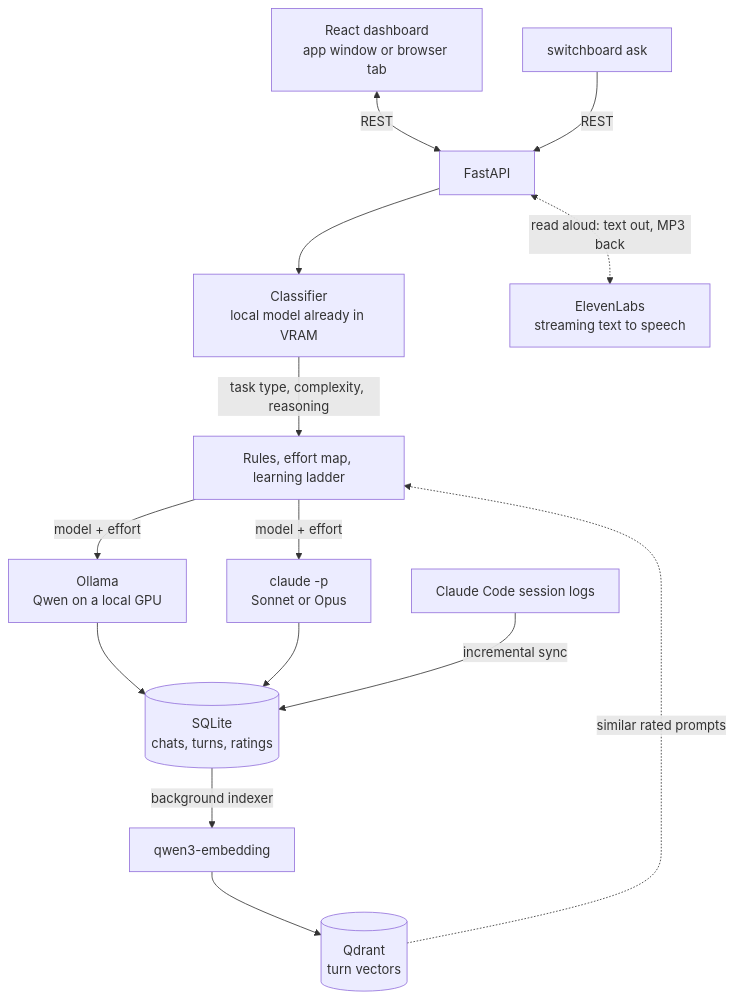
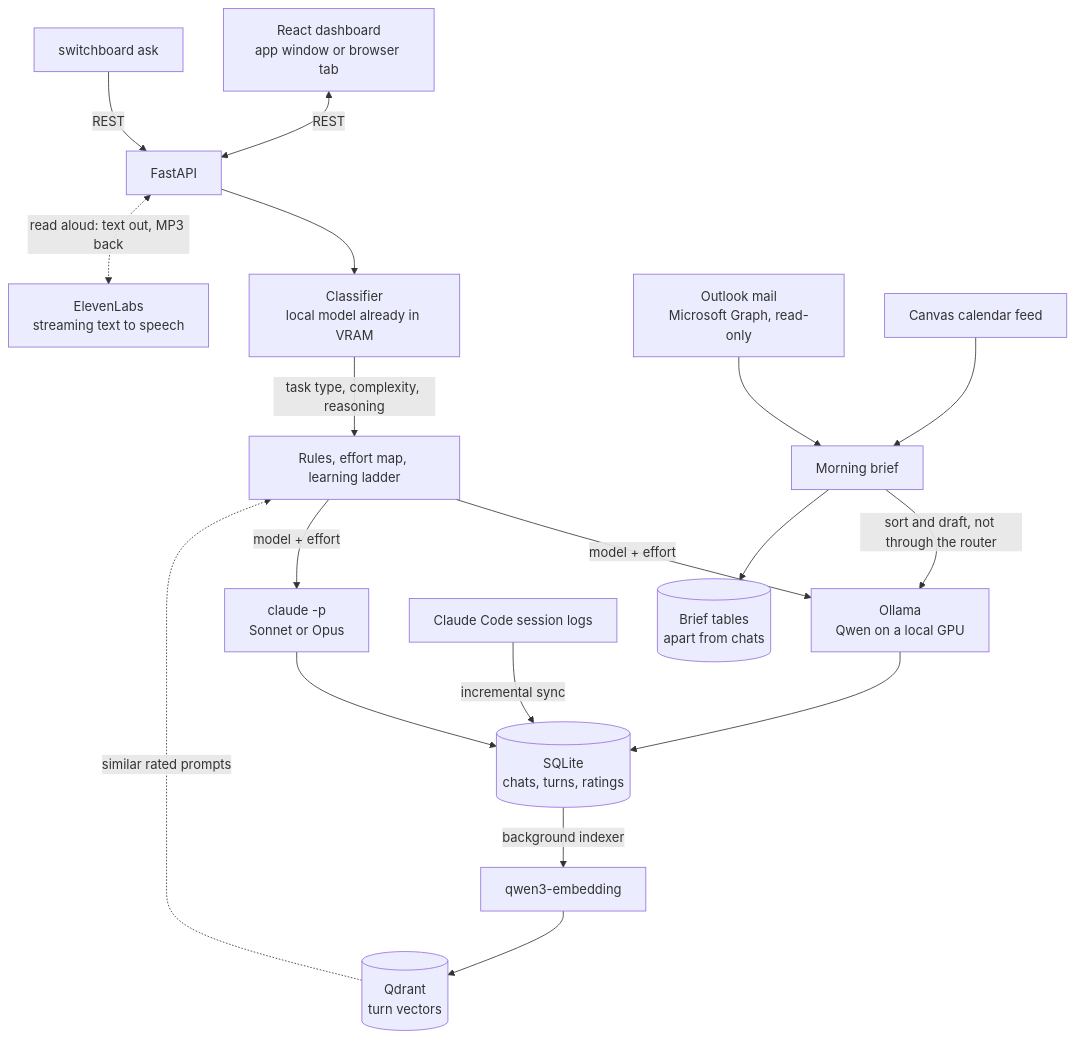
Before and after one commit to Anders-T-Strand/Switchboard: the diagram in README.md, drawn with Mermaid. The commit also changed other lines of this file, not shown here.

````diff
--- a/README.md
+++ b/README.md
@@ -24,16 +27,20 @@
 ```mermaid
 flowchart TB
     UI["React dashboard<br/>app window or browser tab"] <-->|REST| API["FastAPI"]
     CLI["switchboard ask"] -->|REST| API
     API --> CL["Classifier<br/>local model already in VRAM"]
     CL -->|"task type, complexity, reasoning"| RT["Rules, effort map, learning ladder"]
     QD[("Qdrant<br/>turn vectors")] -.->|"similar rated prompts"| RT
     RT -->|"model + effort"| OL["Ollama<br/>Qwen on a local GPU"]
     RT -->|"model + effort"| CC["claude -p<br/>Sonnet or Opus"]
     OL --> DB[("SQLite<br/>chats, turns, ratings")]
     CC --> DB
     LOGS["Claude Code session logs"] -->|"incremental sync"| DB
     DB -->|"background indexer"| EM["qwen3-embedding"]
     EM --> QD
     API <-.->|"read aloud: text out, MP3 back"| EL["ElevenLabs<br/>streaming text to speech"]
+    MAIL["Outlook mail<br/>Microsoft Graph, read-only"] --> BR["Morning brief"]
+    FEED["Canvas calendar feed"] --> BR
+    BR -->|"sort and draft, not through the router"| OL
+    BR --> BT[("Brief tables<br/>apart from chats")]
 ```
````
